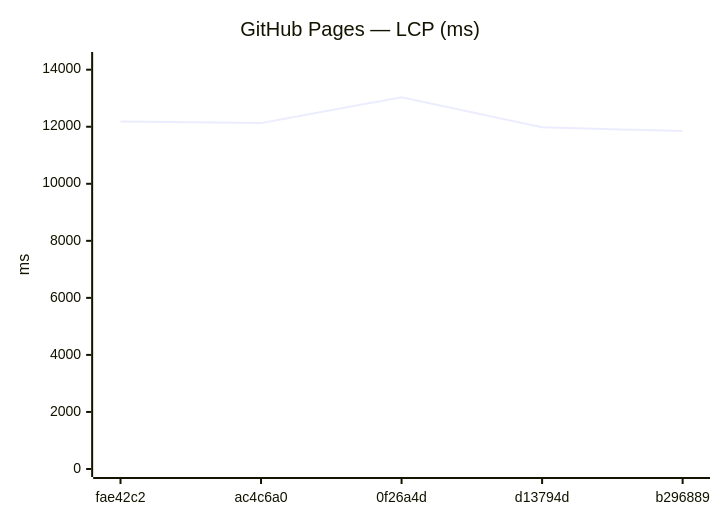
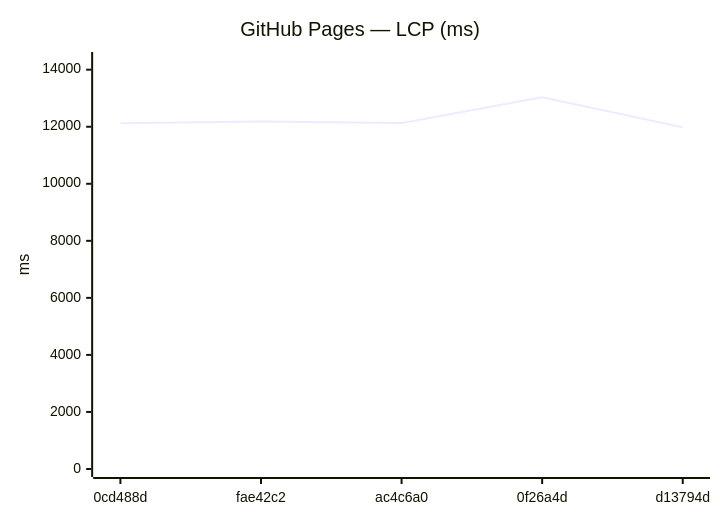
Before and after one commit to Metaheurist/Rianell: the ninth of 18 diagrams in benchmarks/compare.md, drawn with Mermaid. The commit also changed other lines of this file and 11 other files, not shown here.

````diff
--- a/benchmarks/compare.md
+++ b/benchmarks/compare.md
@@ -142,7 +142,7 @@
 ```mermaid
 xychart-beta
     title "GitHub Pages — LCP (ms)"
-    x-axis ["fae42c2", "ac4c6a0", "0f26a4d", "d13794d", "b296889"]
+    x-axis ["0cd488d", "fae42c2", "ac4c6a0", "0f26a4d", "d13794d"]
     y-axis "ms" 0 --> 14340
-    line [12180, 12127, 13036, 11979, 11847]
+    line [12126, 12180, 12127, 13036, 11979]
 ```
````
